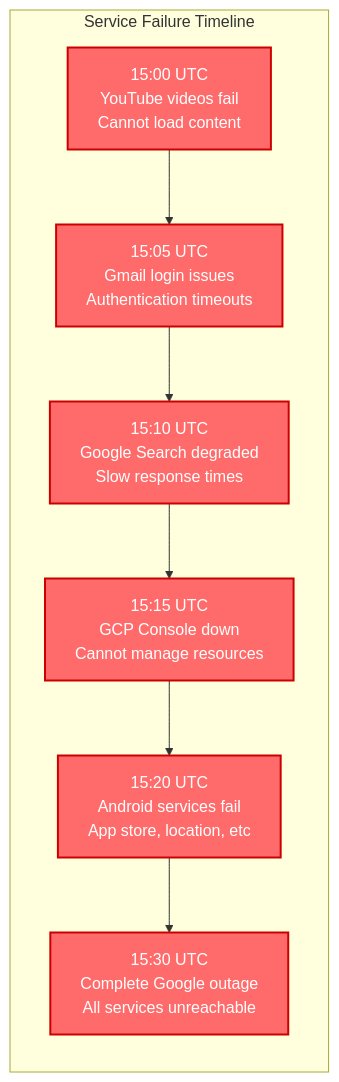
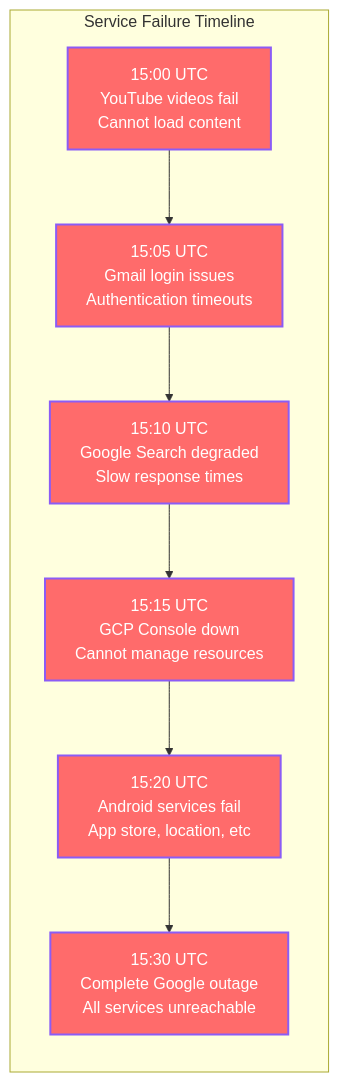
The fourth of 11 diagrams in site/docs/incidents/google-cloud-november-2021.md (deepaucksharma/DS), drawn with Mermaid before and after one commit. The commit also changed other lines of this file and 303 other files, not shown here.

````diff
--- a/site/docs/incidents/google-cloud-november-2021.md
+++ b/site/docs/incidents/google-cloud-november-2021.md
@@ -149,16 +149,16 @@
 ```mermaid
 graph LR
     subgraph "Service Failure Timeline"
         A[15:00 UTC<br/>YouTube videos fail<br/>Cannot load content]
         B[15:05 UTC<br/>Gmail login issues<br/>Authentication timeouts]
         C[15:10 UTC<br/>Google Search degraded<br/>Slow response times]
         D[15:15 UTC<br/>GCP Console down<br/>Cannot manage resources]
         E[15:20 UTC<br/>Android services fail<br/>App store, location, etc]
         F[15:30 UTC<br/>Complete Google outage<br/>All services unreachable]
     end
 
     A --> B --> C --> D --> E --> F
 
-    classDef timelineStyle fill:#FF6B6B,stroke:#CC0000,color:#fff,stroke-width:2px
+    classDef timelineStyle fill:#FF6B6B,stroke:#8B5CF6,color:#fff,stroke-width:2px
     class A,B,C,D,E,F timelineStyle
 ```
````
